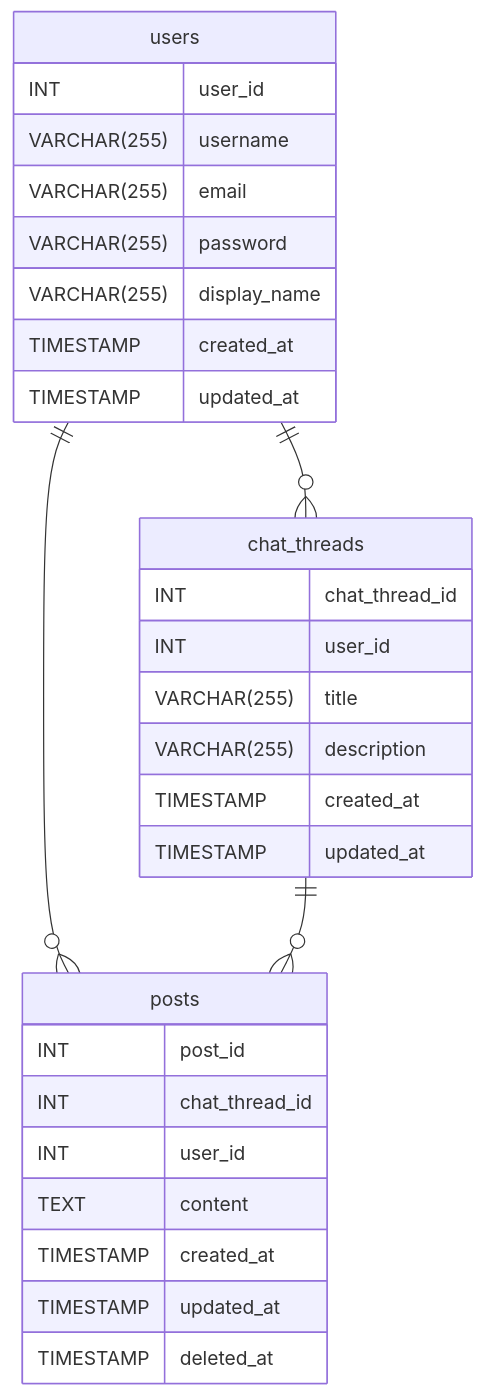
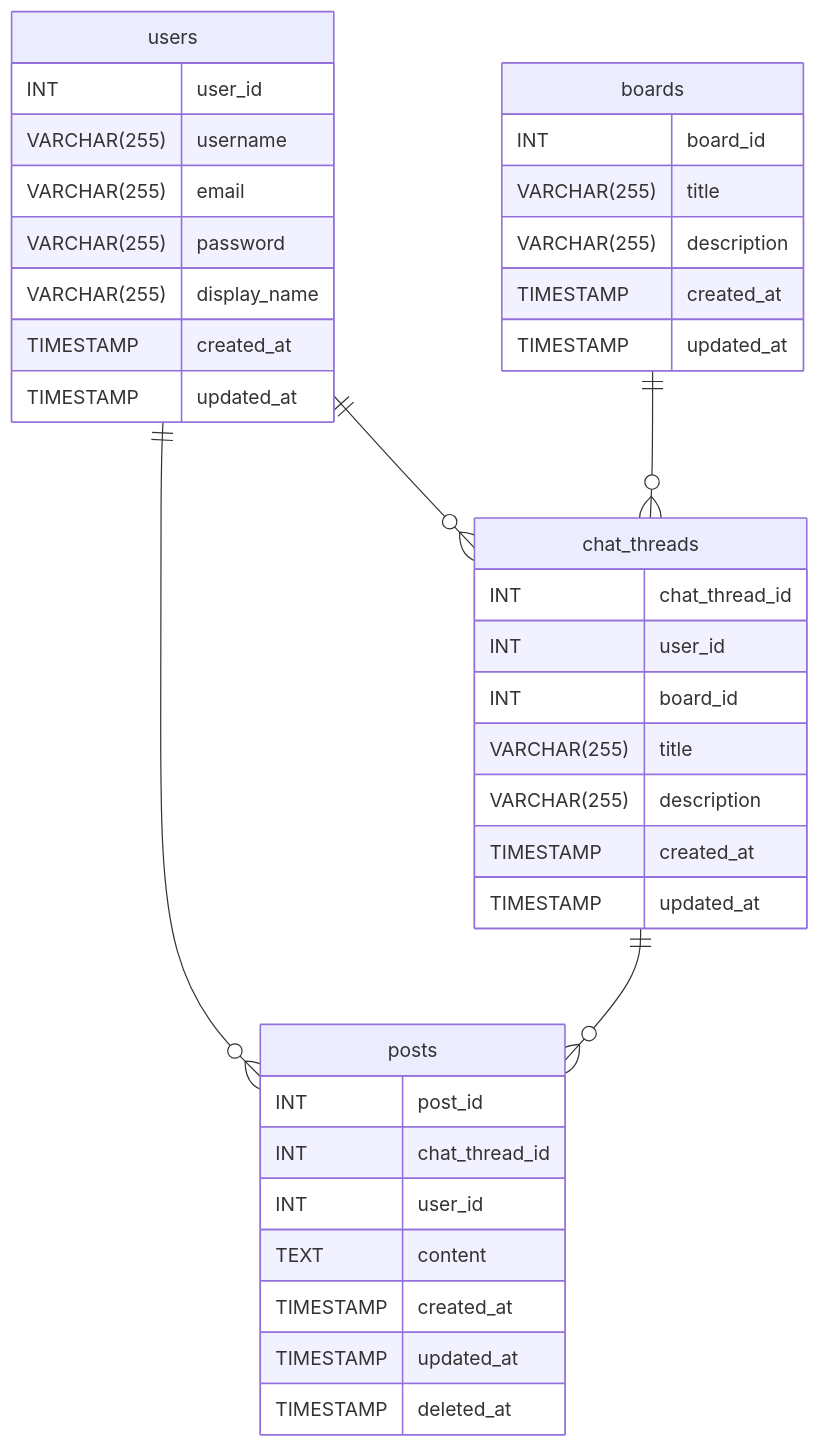
The diagram in docs/DATABASE.md (tsuji-108/pub_rails_practice), drawn with Mermaid before and after one commit. The commit also changed other lines of this file and 1 other file, not shown here.

````diff
--- a/docs/DATABASE.md
+++ b/docs/DATABASE.md
@@ -13,36 +14,46 @@
 ```mermaid
 erDiagram
 users {
   INT          user_id
   VARCHAR(255) username
   VARCHAR(255) email
   VARCHAR(255) password
   VARCHAR(255) display_name
   TIMESTAMP    created_at
   TIMESTAMP    updated_at
 }
 
+boards {
+  INT          board_id
+  VARCHAR(255) title
+  VARCHAR(255) description
+  TIMESTAMP    created_at
+  TIMESTAMP    updated_at
+}
+
 chat_threads {
   INT          chat_thread_id
   INT          user_id
+  INT          board_id
   VARCHAR(255) title
   VARCHAR(255) description
   TIMESTAMP    created_at
   TIMESTAMP    updated_at
 }
 
 posts {
   INT       post_id
   INT       chat_thread_id
   INT       user_id
   TEXT      content
   TIMESTAMP created_at
   TIMESTAMP updated_at
   TIMESTAMP deleted_at
 }
 
 users ||--o{ chat_threads : ""
 users ||--o{ posts : ""
 
+boards ||--o{ chat_threads : ""
 chat_threads ||--o{ posts : ""
 ```
````
